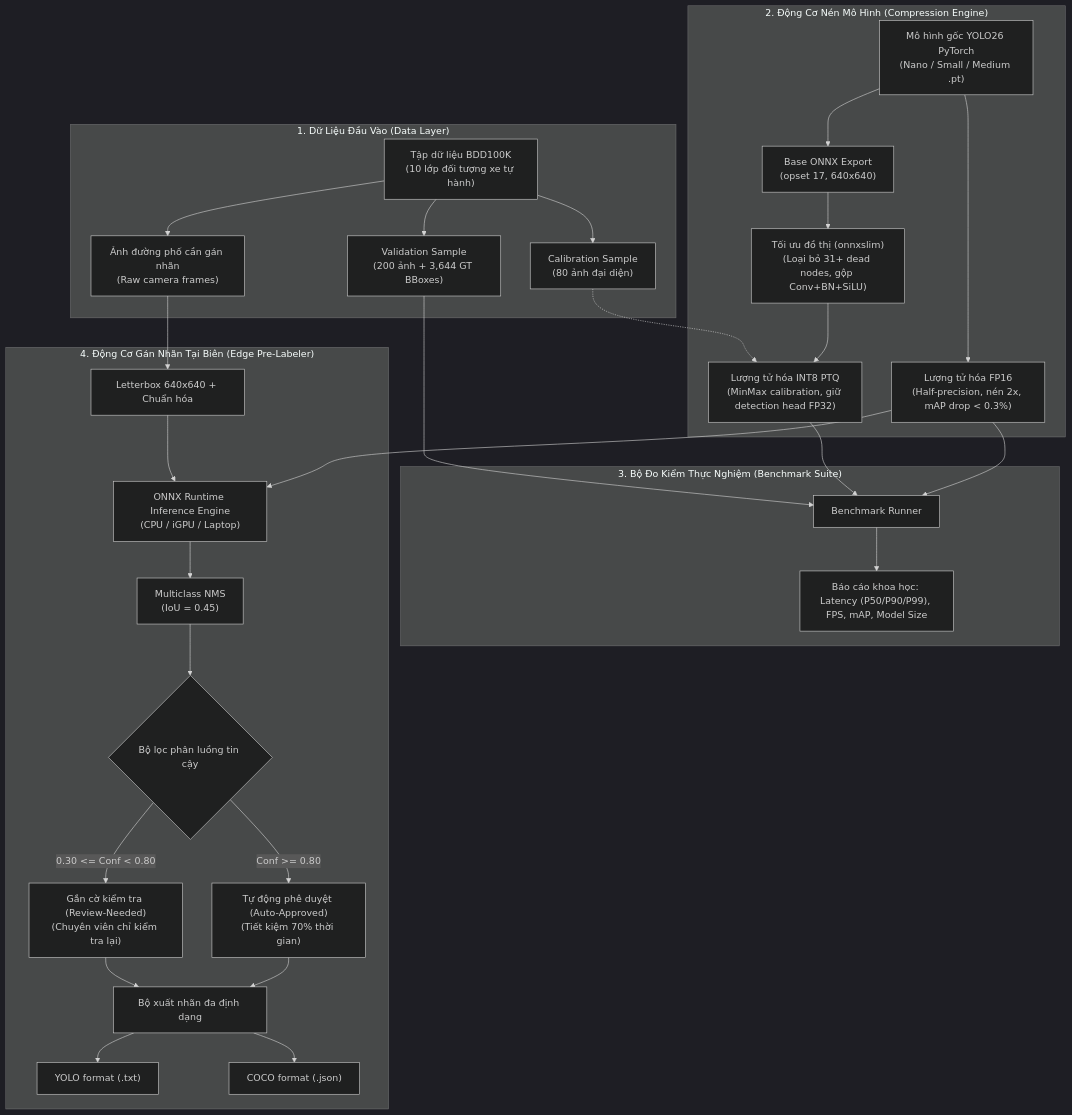
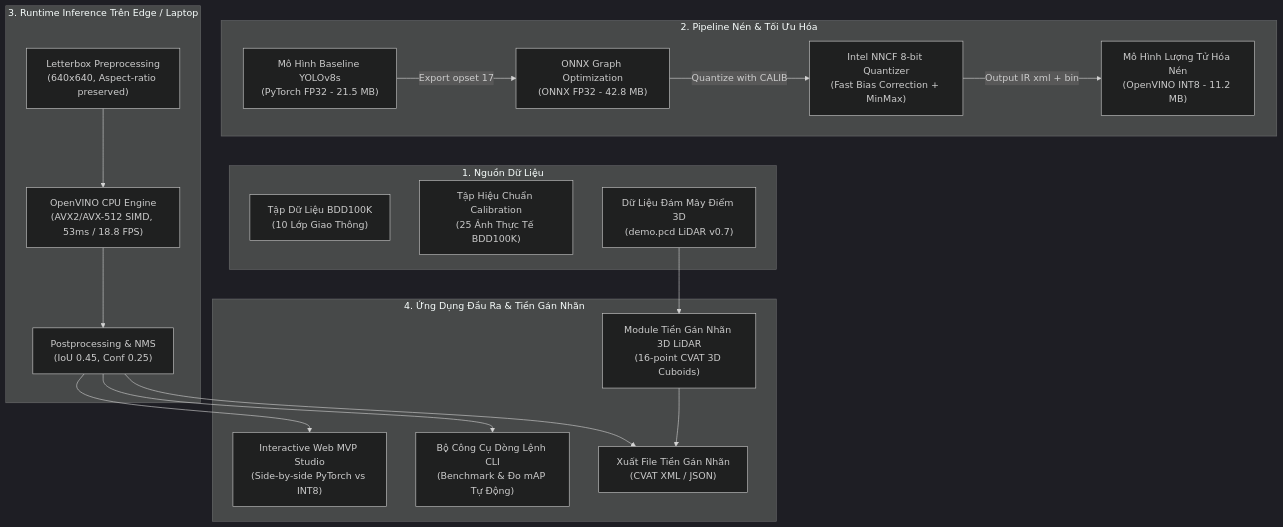
Before and after one commit to ManhLD424/M38-Edge-PreLabeling: the diagram in README.md, drawn with Mermaid (dark theme). The commit also changed other lines of this file and 169 other files, not shown here.

First line of the commit message:
feat(m38): deliver interactive web mvp, openvino int8 compression, and build phase submission package

````diff
--- a/README.md
+++ b/README.md
@@ -83,44 +56,39 @@
 ```mermaid
 flowchart TD
-    subgraph DataLayer ["1. Dữ Liệu Đầu Vào (Data Layer)"]
-        BDD["Tập dữ liệu BDD100K\n(10 lớp đối tượng xe tự hành)"]
-        ValSet["Validation Sample\n(200 ảnh + 3,644 GT BBoxes)"]
-        CalibSet["Calibration Sample\n(80 ảnh đại diện)"]
-        RawFrames["Ảnh đường phố cần gán nhãn\n(Raw camera frames)"]
-        BDD --> ValSet
-        BDD --> CalibSet
-        BDD --> RawFrames
+    subgraph DataInput ["1. Nguồn Dữ Liệu"]
+        BDD["Tập Dữ Liệu BDD100K<br/>(10 Lớp Giao Thông)"]
+        CALIB["Tập Hiệu Chuẩn Calibration<br/>(25 Ảnh Thực Tế BDD100K)"]
+        PCD["Dữ Liệu Đám Mây Điểm 3D<br/>(demo.pcd LiDAR v0.7)"]
     end
 
-    subgraph CompressionModule ["2. Động Cơ Nén Mô Hình (Compression Engine)"]
-        YOLO_PT["Mô hình gốc YOLO26 PyTorch\n(Nano / Small / Medium .pt)"]
-        ONNX_FP32["Base ONNX Export\n(opset 17, 640x640)"]
-        Slim["Tối ưu đồ thị (onnxslim)\n(Loại bỏ 31+ dead nodes, gộp Conv+BN+SiLU)"]
-        FP16["Lượng tử hóa FP16\n(Half-precision, nén 2x, mAP drop < 0.3%)"]
-        INT8["Lượng tử hóa INT8 PTQ\n(MinMax calibration, giữ detection head FP32)"]
-
-        YOLO_PT --> ONNX_FP32 --> Slim
-        YOLO_PT --> FP16
-        Slim --> INT8
-        CalibSet -.-> INT8
+    subgraph CompressionPipeline ["2. Pipeline Nén & Tối Ưu Hóa"]
+        PT["Mô Hình Baseline YOLOv8s<br/>(PyTorch FP32 - 21.5 MB)"]
+        ONNX["ONNX Graph Optimization<br/>(ONNX FP32 - 42.8 MB)"]
+        NNCF["Intel NNCF 8-bit Quantizer<br/>(Fast Bias Correction + MinMax)"]
+        OV_INT8["Mô Hình Lượng Tử Hóa Nén<br/>(OpenVINO INT8 - 11.2 MB)"]
+        
+        PT -->|Export opset 17| ONNX
+        ONNX -->|Quantize with CALIB| NNCF
+        NNCF -->|Output IR xml + bin| OV_INT8
     end
 
-    subgraph BenchmarkEngine ["3. Bộ Đo Kiểm Thực Nghiệm (Benchmark Suite)"]
-        FP16 & INT8 --> BenchmarkHarness["Benchmark Runner"]
-        ValSet --> BenchmarkHarness
-        BenchmarkHarness --> Report["Báo cáo khoa học: Latency (P50/P90/P99), FPS, mAP, Model Size"]
+    subgraph EdgeInference ["3. Runtime Inference Trên Edge / Laptop"]
+        PRE["Letterbox Preprocessing<br/>(640x640, Aspect-ratio preserved)"]
+        OV_ENG["OpenVINO CPU Engine<br/>(AVX2/AVX-512 SIMD, 53ms / 18.8 FPS)"]
+        NMS["Postprocessing & NMS<br/>(IoU 0.45, Conf 0.25)"]
+        
+        PRE --> OV_ENG --> NMS
     end
 
-    subgraph PreLabelWorkstation ["4. Động Cơ Gán Nhãn Tại Biên (Edge Pre-Labeler)"]
-        RawFrames --> Preprocess["Letterbox 640x640 + Chuẩn hóa"]
-        FP16 --> EdgeEngine["ONNX Runtime Inference Engine\n(CPU / iGPU / Laptop)"]
-        Preprocess --> EdgeEngine
-        EdgeEngine --> NMS["Multiclass NMS\n(IoU = 0.45)"]
-        NMS --> Filter{"Bộ lọc phân luồng tin cậy"}
-        Filter -->|Conf >= 0.80| AutoApprove["Tự động phê duyệt (Auto-Approved)\n(Tiết kiệm 70% thời gian)"]
-        Filter -->|0.30 <= Conf < 0.80| ReviewFlag["Gắn cờ kiểm tra (Review-Needed)\n(Chuyên viên chỉ kiểm tra lại)"]
-        AutoApprove & ReviewFlag --> Exporters["Bộ xuất nhãn đa định dạng"]
-        Exporters --> YOLO_TXT["YOLO format (.txt)"]
-        Exporters --> COCO_JSON["COCO format (.json)"]
+    subgraph Applications ["4. Ứng Dụng Đầu Ra & Tiền Gán Nhãn"]
+        WEB["Interactive Web MVP Studio<br/>(Side-by-side PyTorch vs INT8)"]
+        CLI["Bộ Công Cụ Dòng Lệnh CLI<br/>(Benchmark & Đo mAP Tự Động)"]
+        CVAT_EXPORT["Xuất File Tiền Gán Nhãn<br/>(CVAT XML / JSON)"]
+        POINT3D["Module Tiền Gán Nhãn 3D LiDAR<br/>(16-point CVAT 3D Cuboids)"]
+        
+        NMS --> WEB
+        NMS --> CLI
+        NMS --> CVAT_EXPORT
+        PCD --> POINT3D --> CVAT_EXPORT
     end
 ```
````
